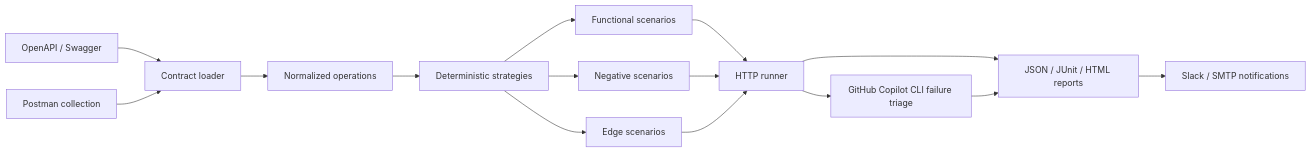
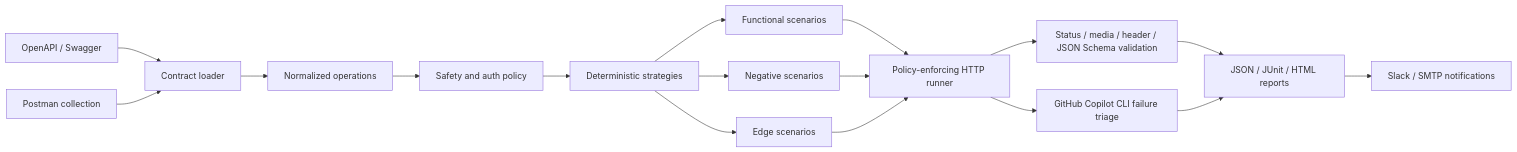
Before and after one commit to MiguelElGallo/api-test-pilot: the diagram in docs/architecture.md, drawn with Mermaid. The commit also changed other lines of this file and 22 other files, not shown here.

````diff
--- a/docs/architecture.md
+++ b/docs/architecture.md
@@ -7,17 +7,19 @@
 ```mermaid
 flowchart LR
     A["OpenAPI / Swagger"] --> L["Contract loader"]
     B["Postman collection"] --> L
     L --> N["Normalized operations"]
-    N --> G["Deterministic strategies"]
+    N --> P["Safety and auth policy"]
+    P --> G["Deterministic strategies"]
     G --> F["Functional scenarios"]
     G --> X["Negative scenarios"]
     G --> E["Edge scenarios"]
-    F --> R["HTTP runner"]
+    F --> R["Policy-enforcing HTTP runner"]
     X --> R
     E --> R
-    R --> O["JSON / JUnit / HTML reports"]
+    R --> V["Status / media / header / JSON Schema validation"]
+    V --> O["JSON / JUnit / HTML reports"]
     R --> AI["GitHub Copilot CLI failure triage"]
     O --> S["Slack / SMTP notifications"]
     AI --> O
 ```
````
